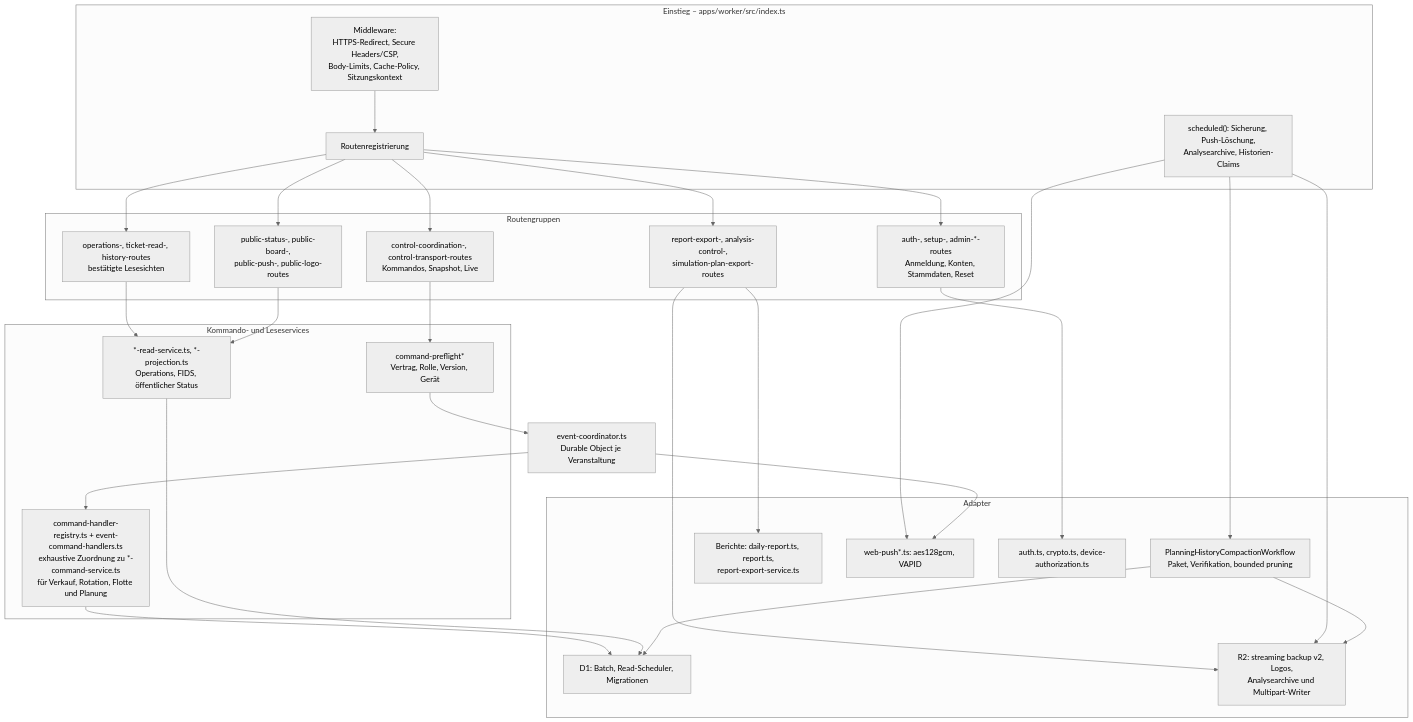
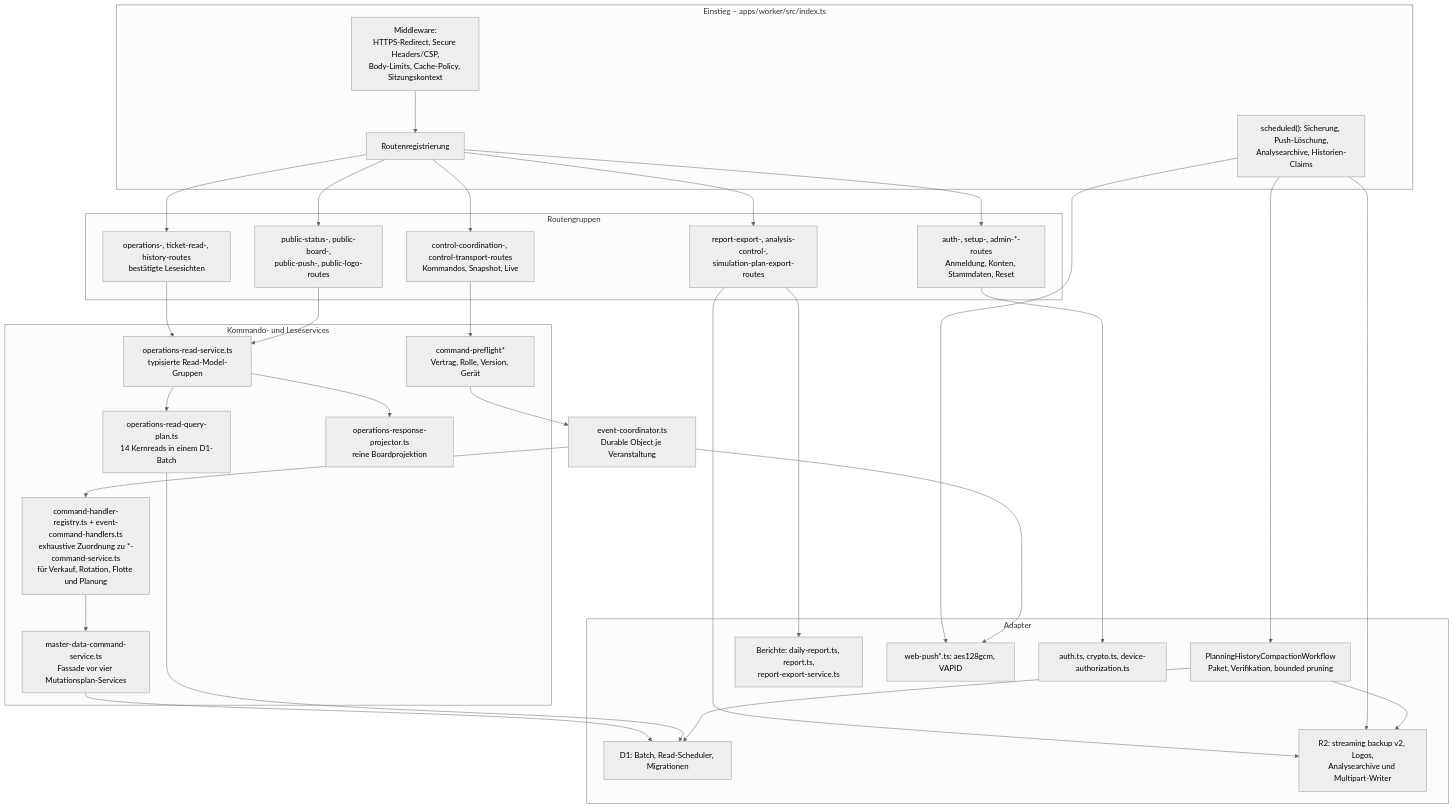
The fourth of 8 diagrams in docs/architecture/arc42/05-bausteinsicht.md (aguther/rundflug-leitstand), drawn with Mermaid (neutral theme) before and after one commit. The commit also changed other lines of this file and 20 other files, not shown here.

````diff
--- a/docs/architecture/arc42/05-bausteinsicht.md
+++ b/docs/architecture/arc42/05-bausteinsicht.md
@@ -86,49 +86,53 @@
 ```mermaid
 flowchart TB
     subgraph Entry["Einstieg – apps/worker/src/index.ts"]
         MW["Middleware:<br/>HTTPS-Redirect, Secure Headers/CSP,<br/>Body-Limits, Cache-Policy, Sitzungskontext"]
         ROUTES["Routenregistrierung"]
         CRONH["scheduled(): Sicherung, Push-Löschung,<br/>Analysearchive, Historien-Claims"]
     end
 
     subgraph RouteGroups["Routengruppen"]
         AUTHR["auth-, setup-, admin-*-routes<br/>Anmeldung, Konten, Stammdaten, Reset"]
         CTRL["control-coordination-, control-transport-routes<br/>Kommandos, Snapshot, Live"]
         OPS["operations-, ticket-read-, history-routes<br/>bestätigte Lesesichten"]
         PUB["public-status-, public-board-,<br/>public-push-, public-logo-routes"]
         EXP["report-export-, analysis-control-,<br/>simulation-plan-export-routes"]
     end
 
     subgraph Services["Kommando- und Leseservices"]
         CMD["command-handler-registry.ts + event-command-handlers.ts<br/>exhaustive Zuordnung zu *-command-service.ts<br/>für Verkauf, Rotation, Flotte und Planung"]
-        READ["*-read-service.ts, *-projection.ts<br/>Operations, FIDS, öffentlicher Status"]
+        MASTER["master-data-command-service.ts<br/>Fassade vor vier Mutationsplan-Services"]
+        READ["operations-read-service.ts<br/>typisierte Read-Model-Gruppen"]
+        READPLAN["operations-read-query-plan.ts<br/>14 Kernreads in einem D1-Batch"]
+        PROJECT["operations-response-projector.ts<br/>reine Boardprojektion"]
         PRE["command-preflight*<br/>Vertrag, Rolle, Version, Gerät"]
     end
 
     DO["event-coordinator.ts<br/>Durable Object je Veranstaltung"]
 
     subgraph Adapters["Adapter"]
         D1A["D1: Batch, Read-Scheduler, Migrationen"]
         R2A["R2: streaming backup v2, Logos,<br/>Analysearchive und Multipart-Writer"]
         PH["PlanningHistoryCompactionWorkflow<br/>Paket, Verifikation, bounded pruning"]
         REPORT["Berichte: daily-report.ts, report.ts,<br/>report-export-service.ts"]
         PUSHA["web-push*.ts: aes128gcm, VAPID"]
         AUTHA["auth.ts, crypto.ts, device-authorization.ts"]
     end
 
     MW --> ROUTES
     ROUTES --> AUTHR & CTRL & OPS & PUB & EXP
     CTRL --> PRE --> DO
     DO --> CMD
-    CMD --> D1A
-    OPS --> READ --> D1A
+    CMD --> MASTER --> D1A
+    OPS --> READ --> READPLAN --> D1A
+    READ --> PROJECT
     PUB --> READ
     EXP --> R2A
     EXP --> REPORT
     CRONH --> R2A
     CRONH --> PH --> D1A
     PH --> R2A
     CRONH --> PUSHA
     DO --> PUSHA
     AUTHR --> AUTHA
 ```
````
